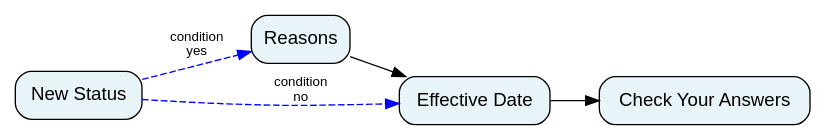
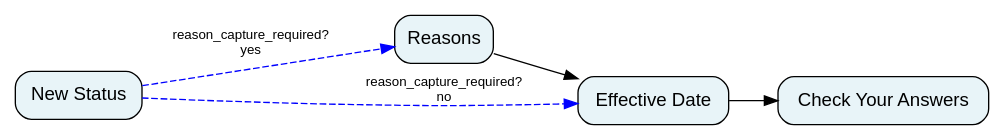
Before and after one commit to DFE-Digital/register-training-providers: the diagram in docs/wizards/provider_changes_status_wizard.dot, drawn with Graphviz. The commit also changed 12 other files, not shown here.

```diff
--- a/docs/wizards/provider_changes_status_wizard.dot
+++ b/docs/wizards/provider_changes_status_wizard.dot
@@ -1,14 +1,14 @@
 digraph Provider_changes_status_wizard {
   rankdir=LR;
   bgcolor="#ffffff";
   node [shape=box, style="rounded,filled", fillcolor="#e8f4f8", fontname="Helvetica"];
   edge [fontname="Helvetica", fontsize=10];
   new_status [label="New Status"];
   reasons [label="Reasons"];
   effective_date [label="Effective Date"];
   check_your_answers [label="Check Your Answers"];
   reasons -> effective_date [style=solid];
   effective_date -> check_your_answers [style=solid];
-  new_status -> reasons [label="condition\nyes", style=dashed, color=blue];
-  new_status -> effective_date [label="condition\nno", style=dashed, color=blue];
+  new_status -> reasons [label="reason_capture_required?\nyes", style=dashed, color=blue];
+  new_status -> effective_date [label="reason_capture_required?\nno", style=dashed, color=blue];
 }
```
